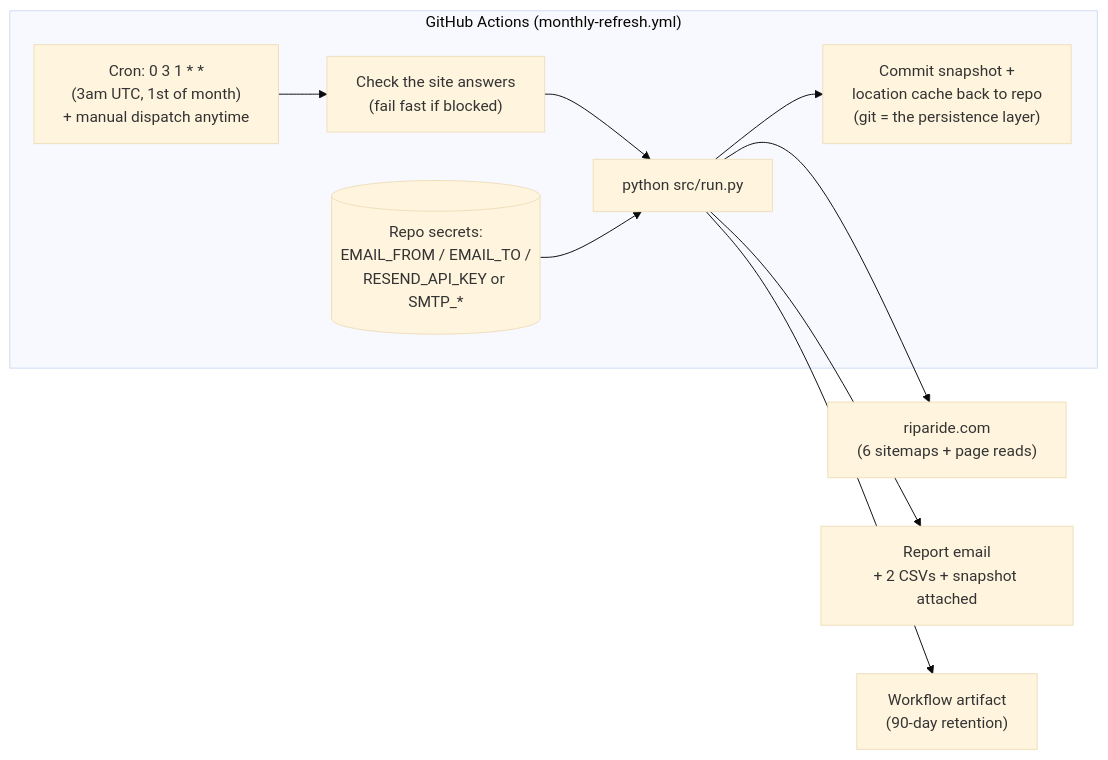
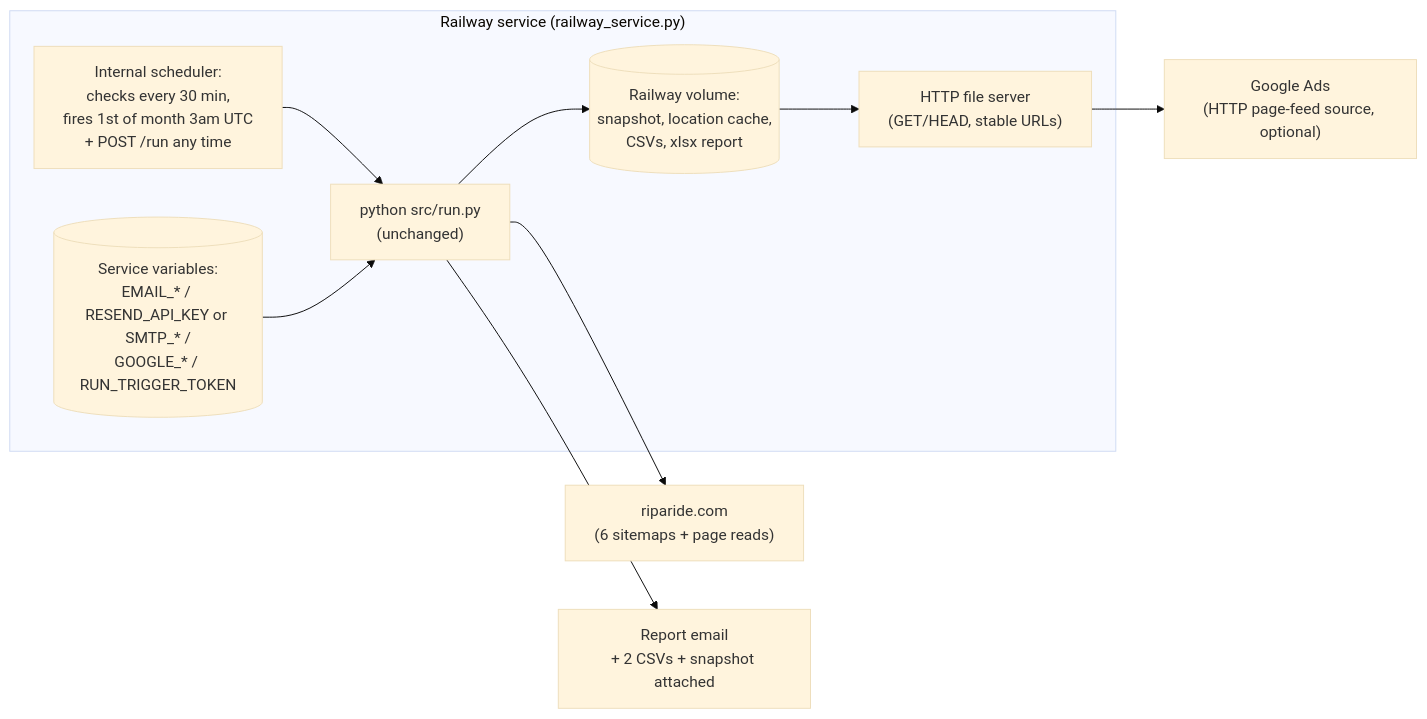
One commit to snr-growth/riparide-Page-Feeds-listings changed the third of 3 diagrams in PROJECT_STATUS.md. Above: the diagram before and after it, drawn with Mermaid (base theme). The commit also changed other lines of this file and 5 other files, not shown here.

First line of the commit message:
Remove GitHub Actions entirely; Railway is now the only defined pipeline

````diff
--- a/PROJECT_STATUS.md
+++ b/PROJECT_STATUS.md
@@ -112,12 +114,12 @@
 ```mermaid
 flowchart LR
-    subgraph GHA["GitHub Actions (monthly-refresh.yml)"]
-        CRON["Cron: 0 3 1 * *\n(3am UTC, 1st of month)\n+ manual dispatch anytime"] --> CHECK["Check the site answers\n(fail fast if blocked)"]
-        CHECK --> JOB["python src/run.py"]
-        JOB --> COMMIT["Commit snapshot +\nlocation cache back to repo\n(git = the persistence layer)"]
-        SECRETS[("Repo secrets:\nEMAIL_FROM / EMAIL_TO /\nRESEND_API_KEY or SMTP_*")] --> JOB
+    subgraph RW["Railway service (railway_service.py)"]
+        SCHED["Internal scheduler:\nchecks every 30 min,\nfires 1st of month 3am UTC\n+ POST /run any time"] --> JOB["python src/run.py\n(unchanged)"]
+        JOB --> VOL[("Railway volume:\nsnapshot, location cache,\nCSVs, xlsx report")]
+        VARS[("Service variables:\nEMAIL_* / RESEND_API_KEY or SMTP_* /\nGOOGLE_* / RUN_TRIGGER_TOKEN")] --> JOB
+        VOL --> SERVE["HTTP file server\n(GET/HEAD, stable URLs)"]
     end
     JOB --> SITE["riparide.com\n(6 sitemaps + page reads)"]
     JOB --> EMAIL["Report email\n+ 2 CSVs + snapshot attached"]
-    JOB --> ARTIFACT["Workflow artifact\n(90-day retention)"]
+    SERVE --> ADS["Google Ads\n(HTTP page-feed source, optional)"]
 ```
````
